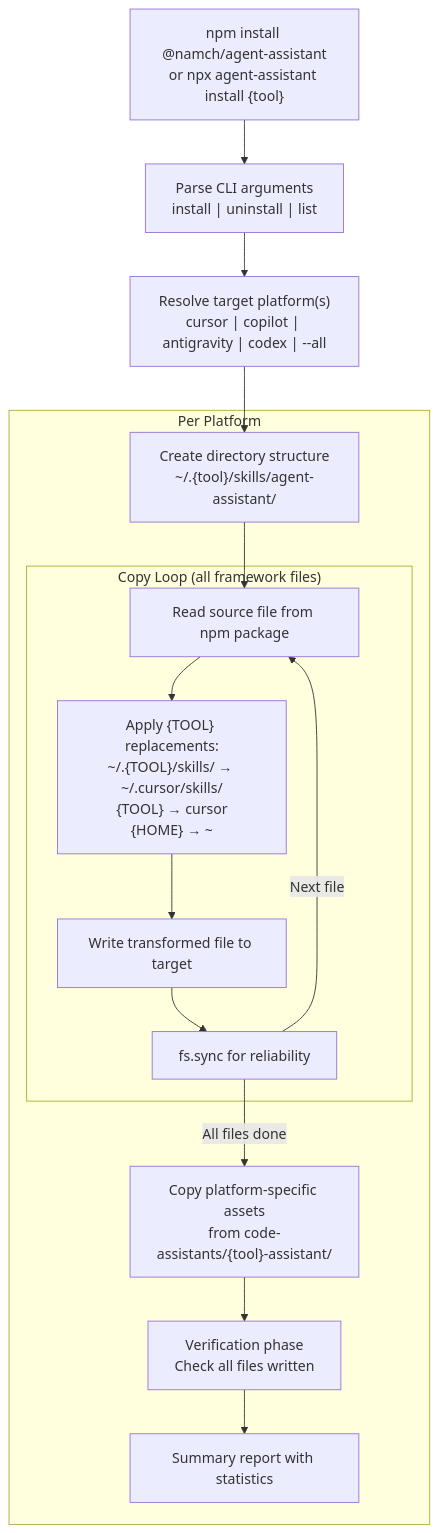
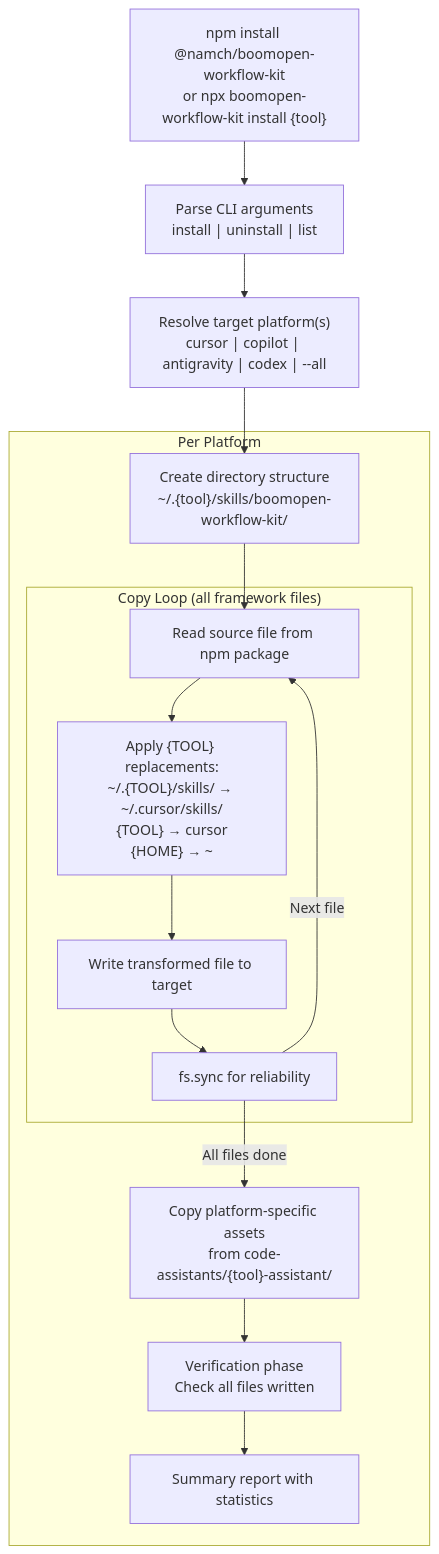
The second of 6 diagrams in documents/knowledge-architecture/03-data-flow.md (Kennyboom/BoomOpen-Workflow-Kit), drawn with Mermaid before and after one commit. The commit also changed other lines of this file and 371 other files, not shown here.

Commit message:
Refactor: Convert workflow architecture to reference-based system to enforce 12K character limit. Fixed phase completeness and deliverables.

````diff
--- a/documents/knowledge-architecture/03-data-flow.md
+++ b/documents/knowledge-architecture/03-data-flow.md
@@ -91,29 +91,29 @@
 ```mermaid
 flowchart TD
-    START["npm install @namch/agent-assistant<br/>or npx agent-assistant install {tool}"]
+    START["npm install @namch/boomopen-workflow-kit<br/>or npx boomopen-workflow-kit install {tool}"]
     
     PARSE["Parse CLI arguments<br/>install | uninstall | list"]
     RESOLVE["Resolve target platform(s)<br/>cursor | copilot | antigravity | codex | --all"]
     
     subgraph "Per Platform"
-        DIRS["Create directory structure<br/>~/.{tool}/skills/agent-assistant/"]
+        DIRS["Create directory structure<br/>~/.{tool}/skills/boomopen-workflow-kit/"]
         
         subgraph "Copy Loop (all framework files)"
             READ["Read source file from npm package"]
             REPLACE["Apply {TOOL} replacements:<br/>~/.{TOOL}/skills/ → ~/.cursor/skills/<br/>{TOOL} → cursor<br/>{HOME} → ~"]
             WRITE["Write transformed file to target"]
             SYNC["fs.sync for reliability"]
         end
         
         ASSETS["Copy platform-specific assets<br/>from code-assistants/{tool}-assistant/"]
         VERIFY["Verification phase<br/>Check all files written"]
         REPORT["Summary report with statistics"]
     end
 
     START --> PARSE --> RESOLVE
     RESOLVE --> DIRS
     DIRS --> READ --> REPLACE --> WRITE --> SYNC
     SYNC -->|"Next file"| READ
     SYNC -->|"All files done"| ASSETS
     ASSETS --> VERIFY --> REPORT
 ```
````
